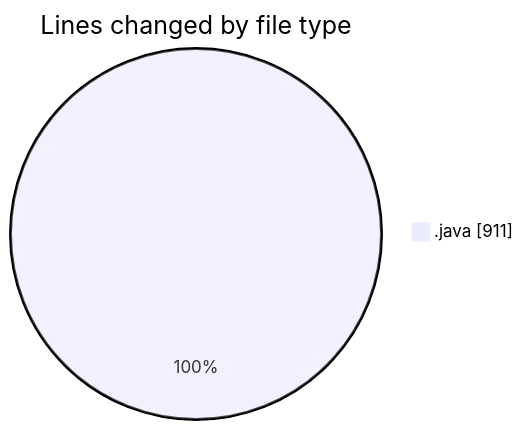
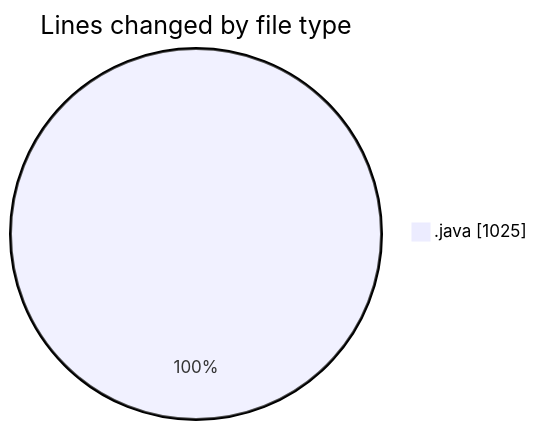
Before and after one commit to NitaiMahat/code-tracking: the first of 2 diagrams in 2025-04-02/startfiles__2_/README.md, drawn with Mermaid. The commit also changed other lines of this file and 1 other file, not shown here.

````diff
--- a/2025-04-02/startfiles__2_/README.md
+++ b/2025-04-02/startfiles__2_/README.md
@@ -25,5 +26,5 @@
 ```mermaid
 pie showData
 title Lines changed by file type
-".java" : 911
+".java" : 1025
 ```
````
